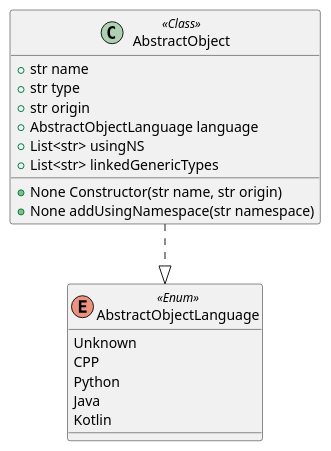
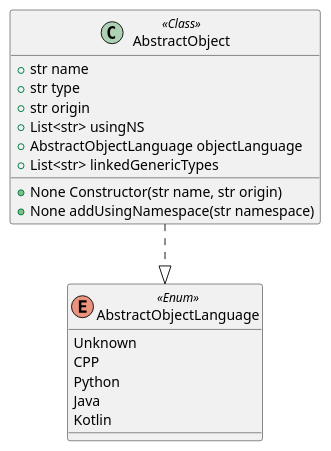
Before and after one commit to miong/pycodeanalyzer: the diagram in docs/source/code/diagrams/pycodeanalyzer_core_abstraction_objects_AbstractObject.plantuml, drawn with PlantUML. The commit also changed 60 other files, not shown here.

```diff
--- a/docs/source/code/diagrams/pycodeanalyzer_core_abstraction_objects_AbstractObject.plantuml
+++ b/docs/source/code/diagrams/pycodeanalyzer_core_abstraction_objects_AbstractObject.plantuml
@@ -1,22 +1,22 @@
 @startuml
 class AbstractObject <<Class>>
 {
 + str name
 + str type
 + str origin
-+ AbstractObjectLanguage language
 + List<str> usingNS
++ AbstractObjectLanguage objectLanguage
 + List<str> linkedGenericTypes
 +None Constructor(str name, str origin)
 +None addUsingNamespace(str namespace)
 }
 enum AbstractObjectLanguage <<Enum>>
 {
 Unknown
 CPP
 Python
 Java
 Kotlin
 }
 AbstractObject ..|> AbstractObjectLanguage
 @enduml
```
